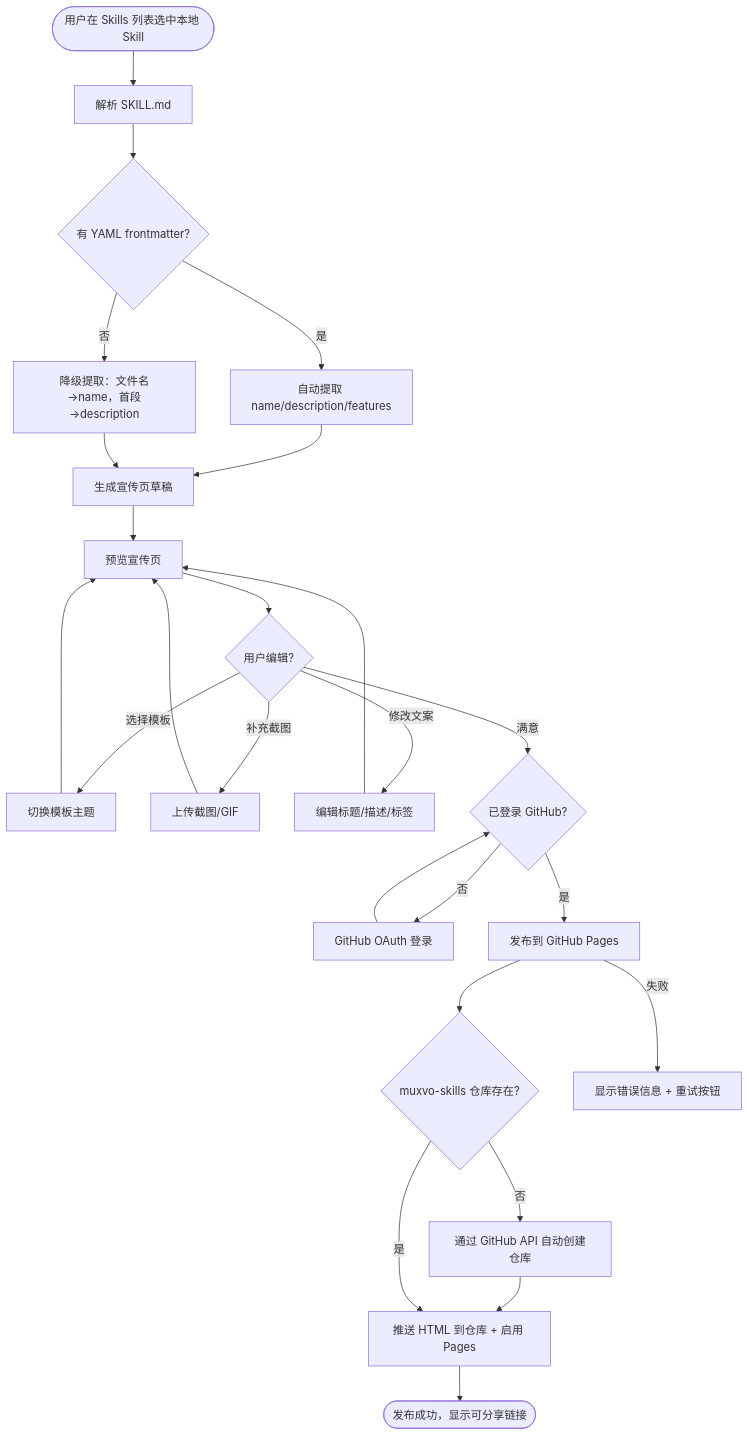
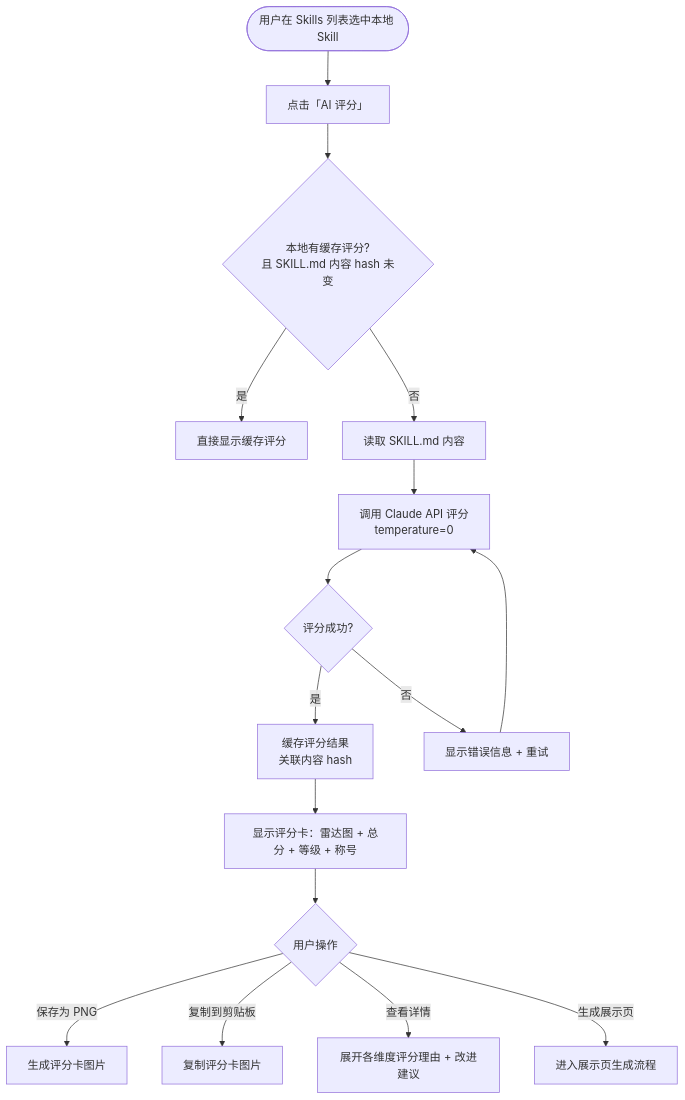
One commit to muxvo/muxvo changed the tenth of 28 diagrams in PRD.md. Above: the diagram before and after it, drawn with Mermaid. The commit also changed other lines of this file, not shown here.

````diff
--- a/PRD.md
+++ b/PRD.md
@@ -542,27 +533,18 @@
 ```mermaid
 flowchart TD
-    Start([用户在 Skills 列表选中本地 Skill]) --> Parse[解析 SKILL.md]
-    Parse --> HasFrontmatter{有 YAML frontmatter?}
-    HasFrontmatter -->|是| ExtractAuto[自动提取 name/description/features]
-    HasFrontmatter -->|否| ExtractFallback[降级提取：文件名→name，首段→description]
-    ExtractAuto --> GenerateDraft[生成宣传页草稿]
-    ExtractFallback --> GenerateDraft
-    GenerateDraft --> Preview[预览宣传页]
-    Preview --> Edit{用户编辑?}
-    Edit -->|选择模板| SelectTemplate[切换模板主题]
-    Edit -->|补充截图| AddScreenshots[上传截图/GIF]
-    Edit -->|修改文案| EditContent[编辑标题/描述/标签]
-    SelectTemplate --> Preview
-    AddScreenshots --> Preview
-    EditContent --> Preview
-    Edit -->|满意| CheckAuth{已登录 GitHub?}
-    CheckAuth -->|否| LoginGitHub[GitHub OAuth 登录]
-    LoginGitHub --> CheckAuth
-    CheckAuth -->|是| Publish[发布到 GitHub Pages]
-    Publish --> CheckRepo{muxvo-skills 仓库存在?}
-    CheckRepo -->|否| CreateRepo[通过 GitHub API 自动创建仓库]
-    CreateRepo --> PushPages[推送 HTML 到仓库 + 启用 Pages]
-    CheckRepo -->|是| PushPages
-    PushPages --> Success([发布成功，显示可分享链接])
-    Publish -->|失败| Error[显示错误信息 + 重试按钮]
+    Start([用户在 Skills 列表选中本地 Skill]) --> Click[点击「AI 评分」]
+    Click --> CheckCache{本地有缓存评分?\n且 SKILL.md 内容 hash 未变}
+    CheckCache -->|是| ShowCached[直接显示缓存评分]
+    CheckCache -->|否| Parse[读取 SKILL.md 内容]
+    Parse --> CallAPI[调用 Claude API 评分\ntemperature=0]
+    CallAPI --> Success{评分成功?}
+    Success -->|是| Cache[缓存评分结果\n关联内容 hash]
+    Cache --> Display[显示评分卡：雷达图 + 总分 + 等级 + 称号]
+    Display --> Actions{用户操作}
+    Actions -->|保存为 PNG| SaveImage[生成评分卡图片]
+    Actions -->|复制到剪贴板| CopyImage[复制评分卡图片]
+    Actions -->|查看详情| ShowDetail[展开各维度评分理由 + 改进建议]
+    Actions -->|生成展示页| GoShowcase[进入展示页生成流程]
+    Success -->|否| Error[显示错误信息 + 重试]
+    Error --> CallAPI
 ```
````
